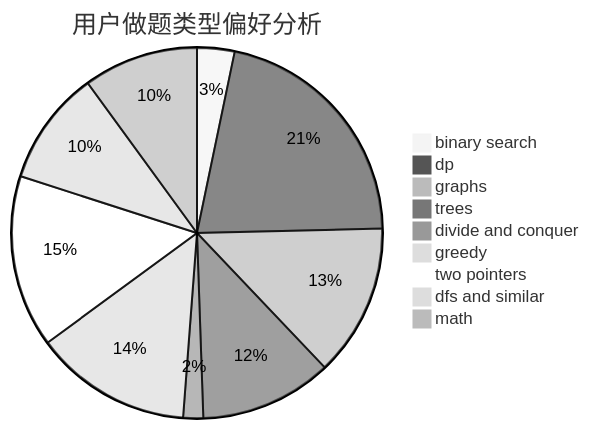
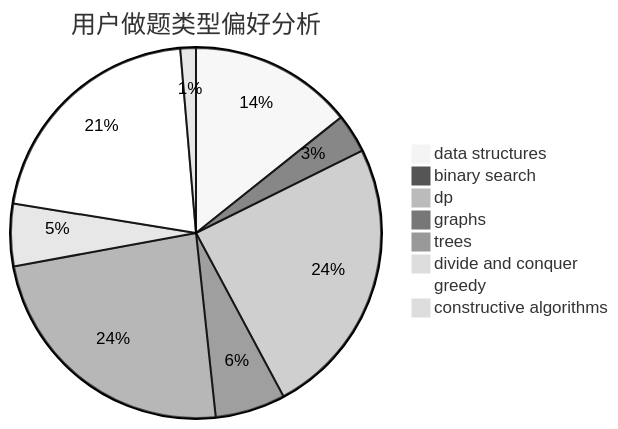
The second of 3 diagrams in docs/user/u2306.md (sherpahu/cfrs.github.io), drawn with Mermaid (neutral theme) before and after one commit. The commit also changed other lines of this file and 2775 other files, not shown here.

````diff
--- a/docs/user/u2306.md
+++ b/docs/user/u2306.md
@@ -23,12 +23,11 @@
 ```mermaid
 pie title 用户做题类型偏好分析
-    "binary search" :  15
-    "dp" :  98
-    "graphs" :  61
-    "trees" :  53
+    "data structures" :  21
+    "binary search" :  5
+    "dp" :  36
+    "graphs" :  9
+    "trees" :  35
     "divide and conquer" :  8
-    "greedy" :  63
-    "two pointers" :  69
-    "dfs and similar" :  46
-    "math" :  46
+    "greedy" :  31
+    "constructive algorithms" :  2
 ```
````
